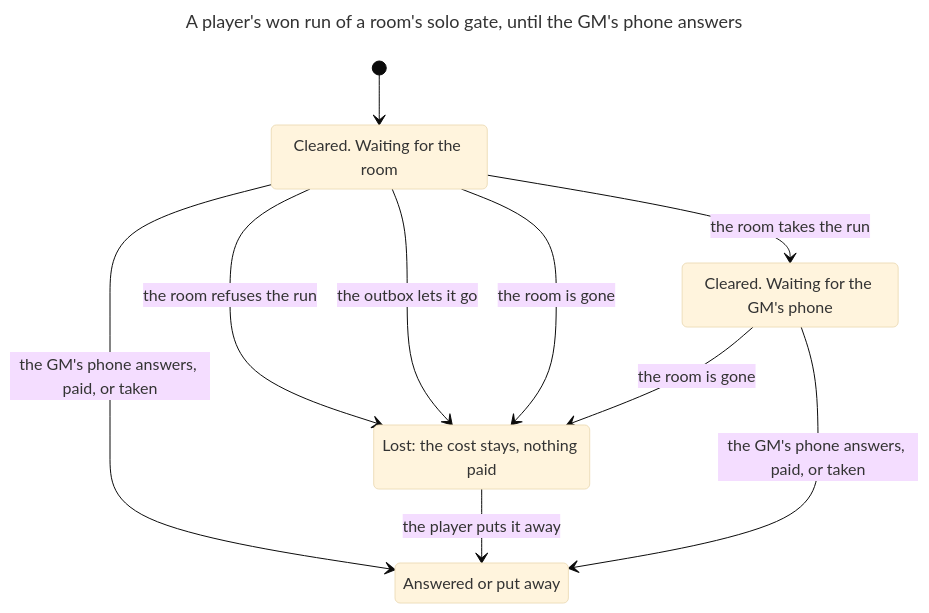
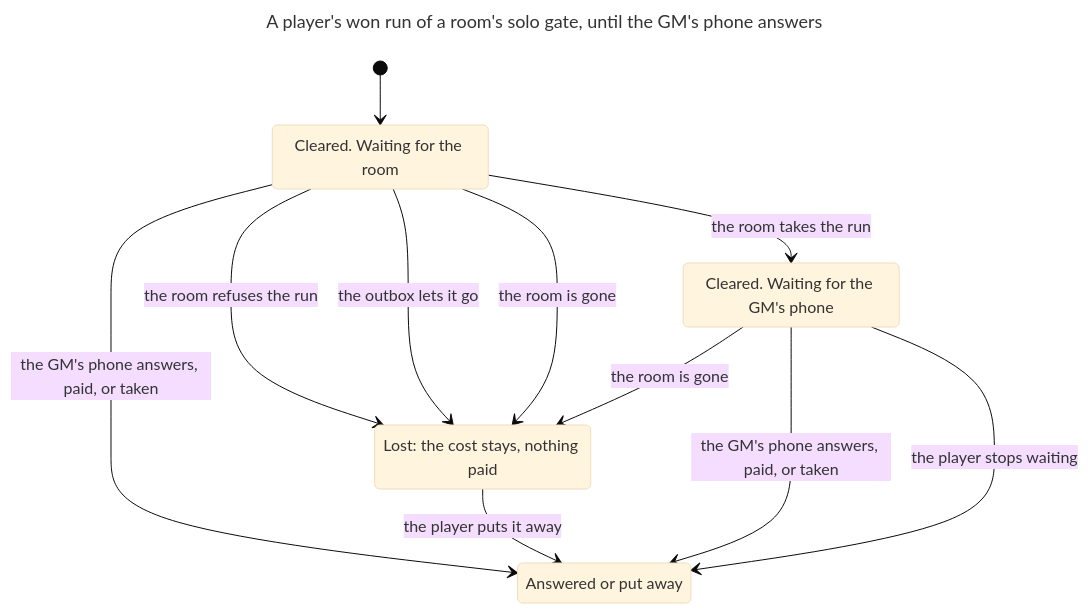
Diagram 37 of 47 in docs/state-machines.md (makoots-png/System-gaming-public), drawn with Mermaid (base theme) before and after one commit. The commit also changed other lines of this file and 55 other files, not shown here.

````diff
--- a/docs/state-machines.md
+++ b/docs/state-machines.md
@@ -1626,19 +1630,20 @@
 ```mermaid
 ---
 title: A player's won run of a room's solo gate, until the GM's phone answers
 ---
 stateDiagram-v2
   state "Cleared. Waiting for the room" as s1
   state "Lost: the cost stays, nothing paid" as s2
   state "Answered or put away" as s3
   state "Cleared. Waiting for the GM's phone" as s4
   [*] --> s1
   s1 --> s2 : the room refuses the run
   s1 --> s2 : the outbox lets it go
   s1 --> s3 : the GM's phone answers, paid, or taken
   s1 --> s2 : the room is gone
   s1 --> s4 : the room takes the run
   s2 --> s3 : the player puts it away
   s4 --> s3 : the GM's phone answers, paid, or taken
   s4 --> s2 : the room is gone
+  s4 --> s3 : the player stops waiting
 ```
````
